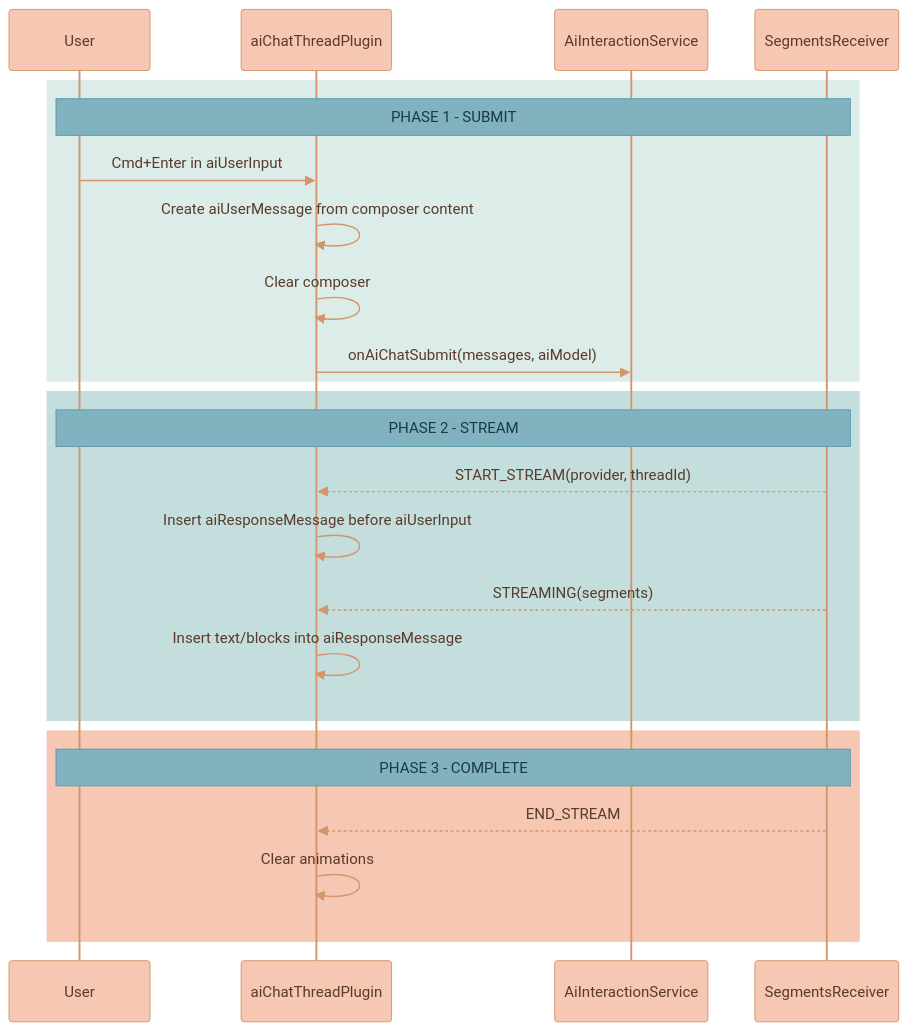
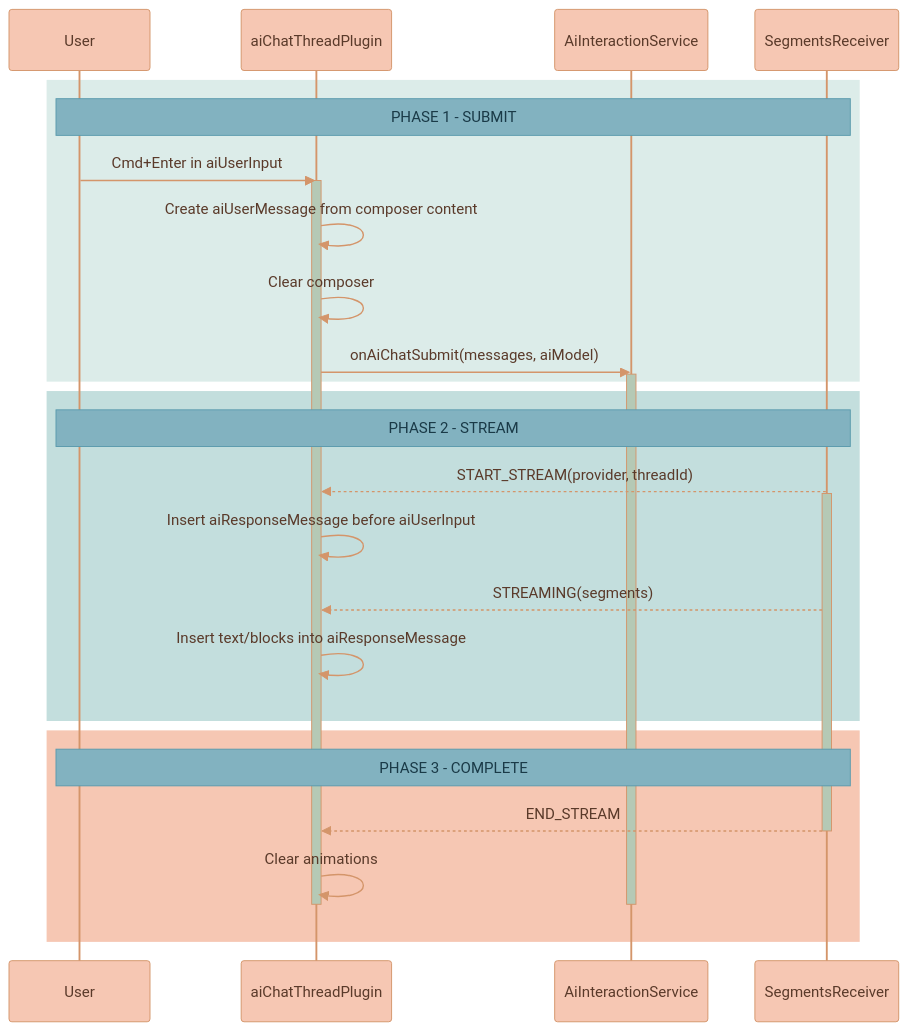
One commit to Lixpi/lixpi changed the seventh of 8 diagrams in services/web-ui/src/components/proseMirror/README.md. Above: the diagram before and after it, drawn with Mermaid. The commit also changed other lines of this file and 5 other files, not shown here.

````diff
--- a/services/web-ui/src/components/proseMirror/README.md
+++ b/services/web-ui/src/components/proseMirror/README.md
@@ -304,36 +315,42 @@
 ```mermaid
-%%{init: {'theme': 'base', 'themeVariables': { 'noteBkgColor': '#82B2C0', 'noteTextColor': '#1a3a47', 'noteBorderColor': '#5a9aad', 'actorBkg': '#F6C7B3', 'actorBorder': '#d4956a', 'actorTextColor': '#5a3a2a', 'actorLineColor': '#d4956a', 'signalColor': '#d4956a', 'signalTextColor': '#5a3a2a', 'labelBoxBkgColor': '#F6C7B3', 'labelBoxBorderColor': '#d4956a', 'labelTextColor': '#5a3a2a', 'loopTextColor': '#5a3a2a', 'activationBorderColor': '#d4956a', 'activationBkgColor': '#C3DEDD', 'sequenceNumberColor': '#5a3a2a'}}}%%
+%%{init: {'theme': 'base', 'themeVariables': { 'noteBkgColor': '#82B2C0', 'noteTextColor': '#1a3a47', 'noteBorderColor': '#5a9aad', 'actorBkg': '#F6C7B3', 'actorBorder': '#d4956a', 'actorTextColor': '#5a3a2a', 'actorLineColor': '#d4956a', 'signalColor': '#d4956a', 'signalTextColor': '#5a3a2a', 'labelBoxBkgColor': '#F6C7B3', 'labelBoxBorderColor': '#d4956a', 'labelTextColor': '#5a3a2a', 'loopTextColor': '#5a3a2a', 'activationBorderColor': '#d4956a', 'activationBkgColor': '#B5C9B5', 'sequenceNumberColor': '#5a3a2a'}}}%%
 sequenceDiagram
   participant UI as User
   participant Plugin as aiChatThreadPlugin
   participant S as AiInteractionService
   participant SR as SegmentsReceiver
   %% ═══════════════════════════════════════════════════════════════
   %% PHASE 1: SUBMIT
   %% ═══════════════════════════════════════════════════════════════
   rect rgb(220, 236, 233)
       Note over UI, SR: PHASE 1 - SUBMIT
       UI->>Plugin: Cmd+Enter in aiUserInput
+      activate Plugin
       Plugin->>Plugin: Create aiUserMessage from composer content
       Plugin->>Plugin: Clear composer
       Plugin->>S: onAiChatSubmit(messages, aiModel)
+      activate S
   end
   %% ═══════════════════════════════════════════════════════════════
   %% PHASE 2: STREAM
   %% ═══════════════════════════════════════════════════════════════
   rect rgb(195, 222, 221)
       Note over UI, SR: PHASE 2 - STREAM
       SR-->>Plugin: START_STREAM(provider, threadId)
+      activate SR
       Plugin->>Plugin: Insert aiResponseMessage before aiUserInput
       SR-->>Plugin: STREAMING(segments)
       Plugin->>Plugin: Insert text/blocks into aiResponseMessage
   end
   %% ═══════════════════════════════════════════════════════════════
   %% PHASE 3: COMPLETE
   %% ═══════════════════════════════════════════════════════════════
   rect rgb(246, 199, 179)
       Note over UI, SR: PHASE 3 - COMPLETE
       SR-->>Plugin: END_STREAM
+      deactivate SR
       Plugin->>Plugin: Clear animations
+      deactivate S
+      deactivate Plugin
   end
 ```
````
